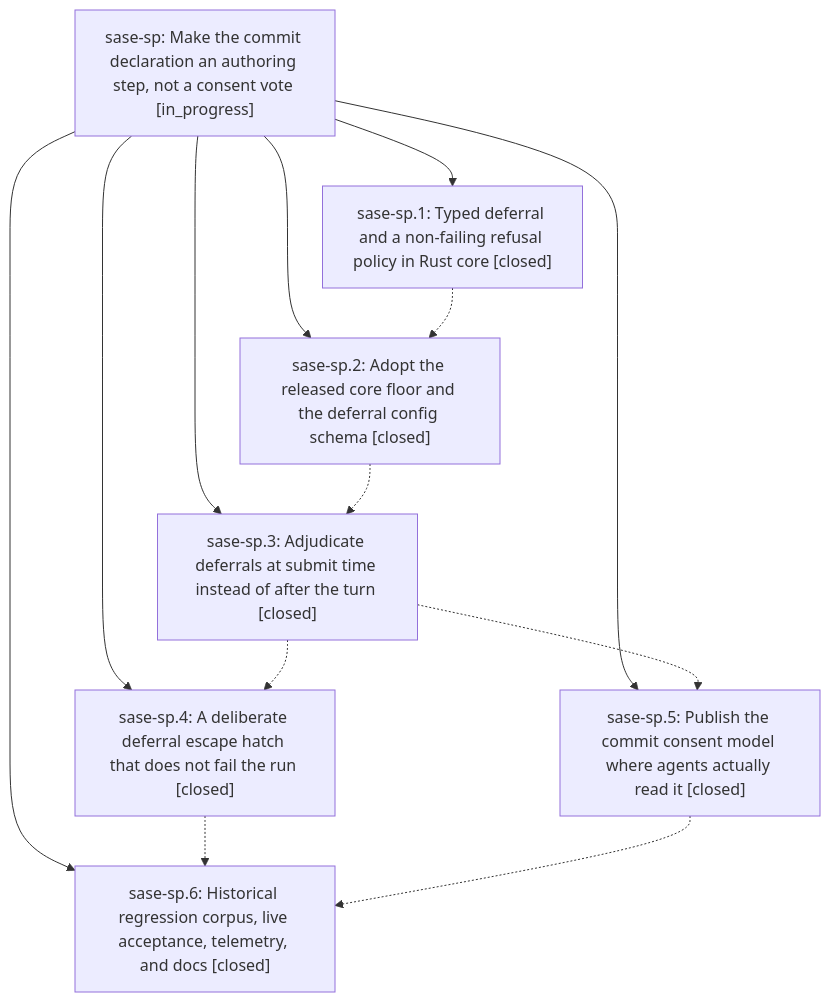
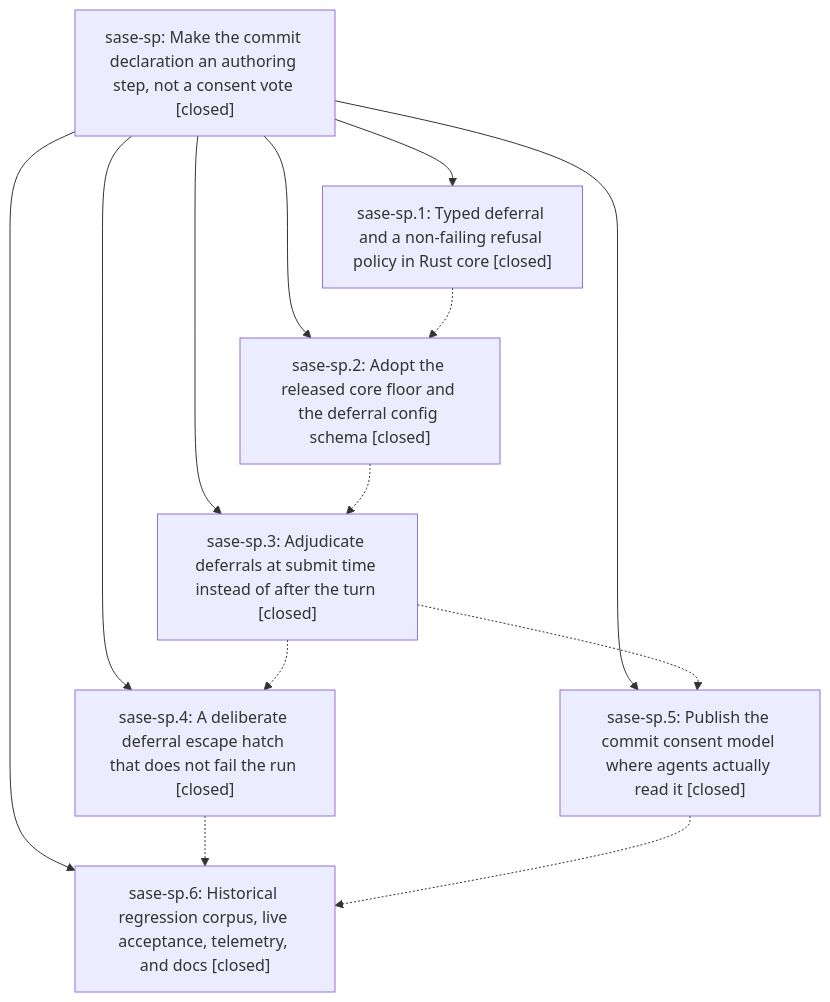
One commit to sase-org/sase--beads changed the diagram in pages/sase-sp/README.md. Above: the diagram before and after it, drawn with Mermaid. The commit also changed other lines of this file, not shown here.

First line of the commit message:
chore(beads): sync bead state and pages for sase-sp

````diff
--- a/pages/sase-sp/README.md
+++ b/pages/sase-sp/README.md
@@ -35,22 +55,22 @@
 ```mermaid
 flowchart TD
-    n0["sase-sp: Make the commit declaration an authoring step, not a consent vote [in_progress]"]
+    n0["sase-sp: Make the commit declaration an authoring step, not a consent vote [closed]"]
     n1["sase-sp.1: Typed deferral and a non-failing refusal policy in Rust core [closed]"]
     n2["sase-sp.2: Adopt the released core floor and the deferral config schema [closed]"]
     n3["sase-sp.3: Adjudicate deferrals at submit time instead of after the turn [closed]"]
     n4["sase-sp.4: A deliberate deferral escape hatch that does not fail the run [closed]"]
     n5["sase-sp.5: Publish the commit consent model where agents actually read it [closed]"]
     n6["sase-sp.6: Historical regression corpus, live acceptance, telemetry, and docs [closed]"]
     n0 --> n1
     n0 --> n2
     n0 --> n3
     n0 --> n4
     n0 --> n5
     n0 --> n6
     n1 -.-> n2
     n2 -.-> n3
     n3 -.-> n4
     n3 -.-> n5
     n4 -.-> n6
     n5 -.-> n6
 ```
````
